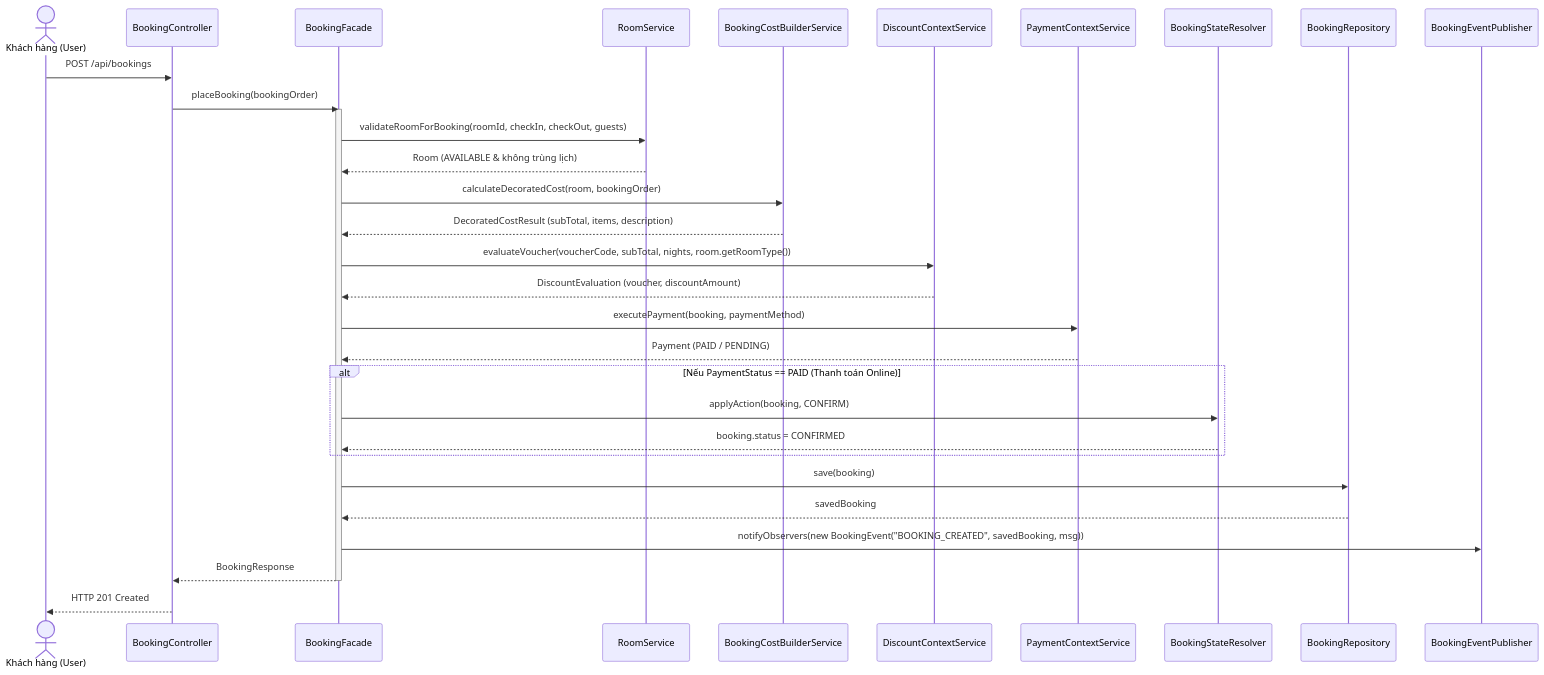
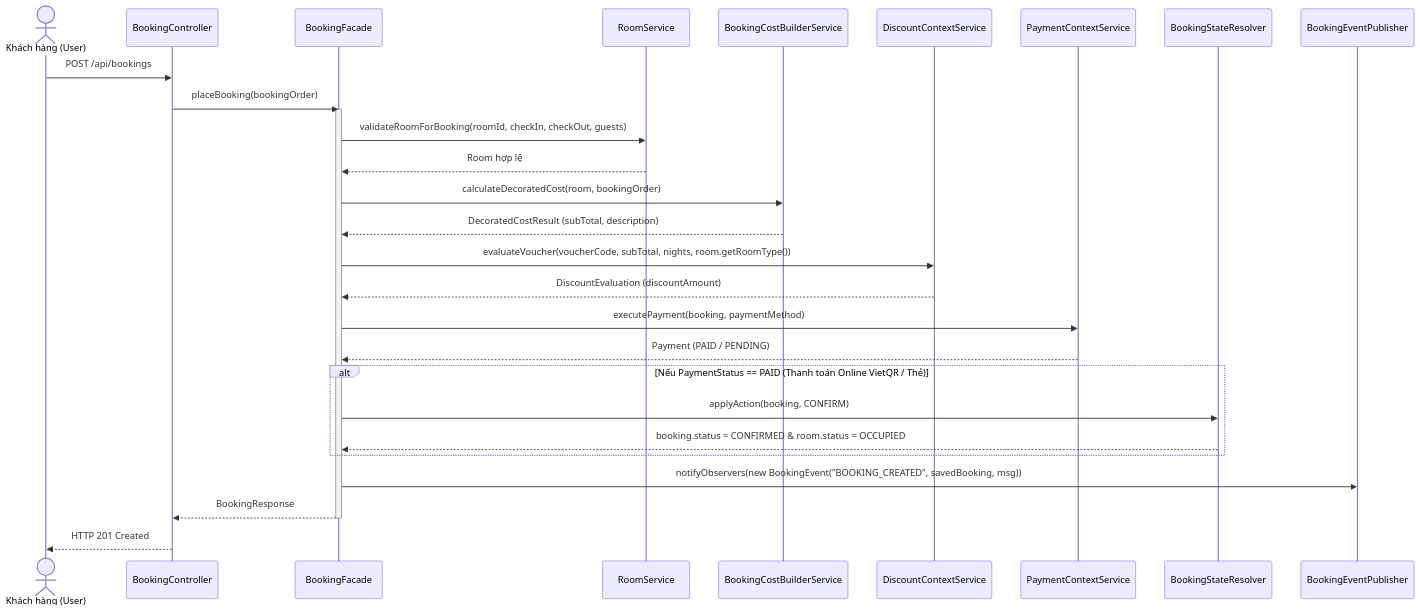
Before and after one commit to Binfhan/hotel-booking-system: the ninth of 9 diagrams in BAO_CAO_DESIGN_PATTERNS_VA_SOLID.md, drawn with Mermaid. The commit also changed other lines of this file and 23 other files, not shown here.

Commit message:
feat: add online payment modal, SMTP invoice email, multi-source image upload, VN date format and update full Design Patterns & SOLID report

````diff
--- a/BAO_CAO_DESIGN_PATTERNS_VA_SOLID.md
+++ b/BAO_CAO_DESIGN_PATTERNS_VA_SOLID.md
@@ -866,35 +744,32 @@
 ```mermaid
 sequenceDiagram
     actor User as Khách hàng (User)
     participant Ctrl as BookingController
     participant Facade as BookingFacade
     participant RoomSvc as RoomService
     participant CostSvc as BookingCostBuilderService
     participant DiscSvc as DiscountContextService
     participant PaySvc as PaymentContextService
     participant StateRes as BookingStateResolver
-    participant Repo as BookingRepository
     participant Pub as BookingEventPublisher
 
     User->>Ctrl: POST /api/bookings
     Ctrl->>Facade: placeBooking(bookingOrder)
     activate Facade
     Facade->>RoomSvc: validateRoomForBooking(roomId, checkIn, checkOut, guests)
-    RoomSvc-->>Facade: Room (AVAILABLE & không trùng lịch)
+    RoomSvc-->>Facade: Room hợp lệ
     Facade->>CostSvc: calculateDecoratedCost(room, bookingOrder)
-    CostSvc-->>Facade: DecoratedCostResult (subTotal, items, description)
+    CostSvc-->>Facade: DecoratedCostResult (subTotal, description)
     Facade->>DiscSvc: evaluateVoucher(voucherCode, subTotal, nights, room.getRoomType())
-    DiscSvc-->>Facade: DiscountEvaluation (voucher, discountAmount)
+    DiscSvc-->>Facade: DiscountEvaluation (discountAmount)
     Facade->>PaySvc: executePayment(booking, paymentMethod)
     PaySvc-->>Facade: Payment (PAID / PENDING)
-    alt Nếu PaymentStatus == PAID (Thanh toán Online)
+    alt Nếu PaymentStatus == PAID (Thanh toán Online VietQR / Thẻ)
         Facade->>StateRes: applyAction(booking, CONFIRM)
-        StateRes-->>Facade: booking.status = CONFIRMED
+        StateRes-->>Facade: booking.status = CONFIRMED & room.status = OCCUPIED
     end
-    Facade->>Repo: save(booking)
-    Repo-->>Facade: savedBooking
     Facade->>Pub: notifyObservers(new BookingEvent("BOOKING_CREATED", savedBooking, msg))
     Facade-->>Ctrl: BookingResponse
     deactivate Facade
     Ctrl-->>User: HTTP 201 Created
 ```
````
